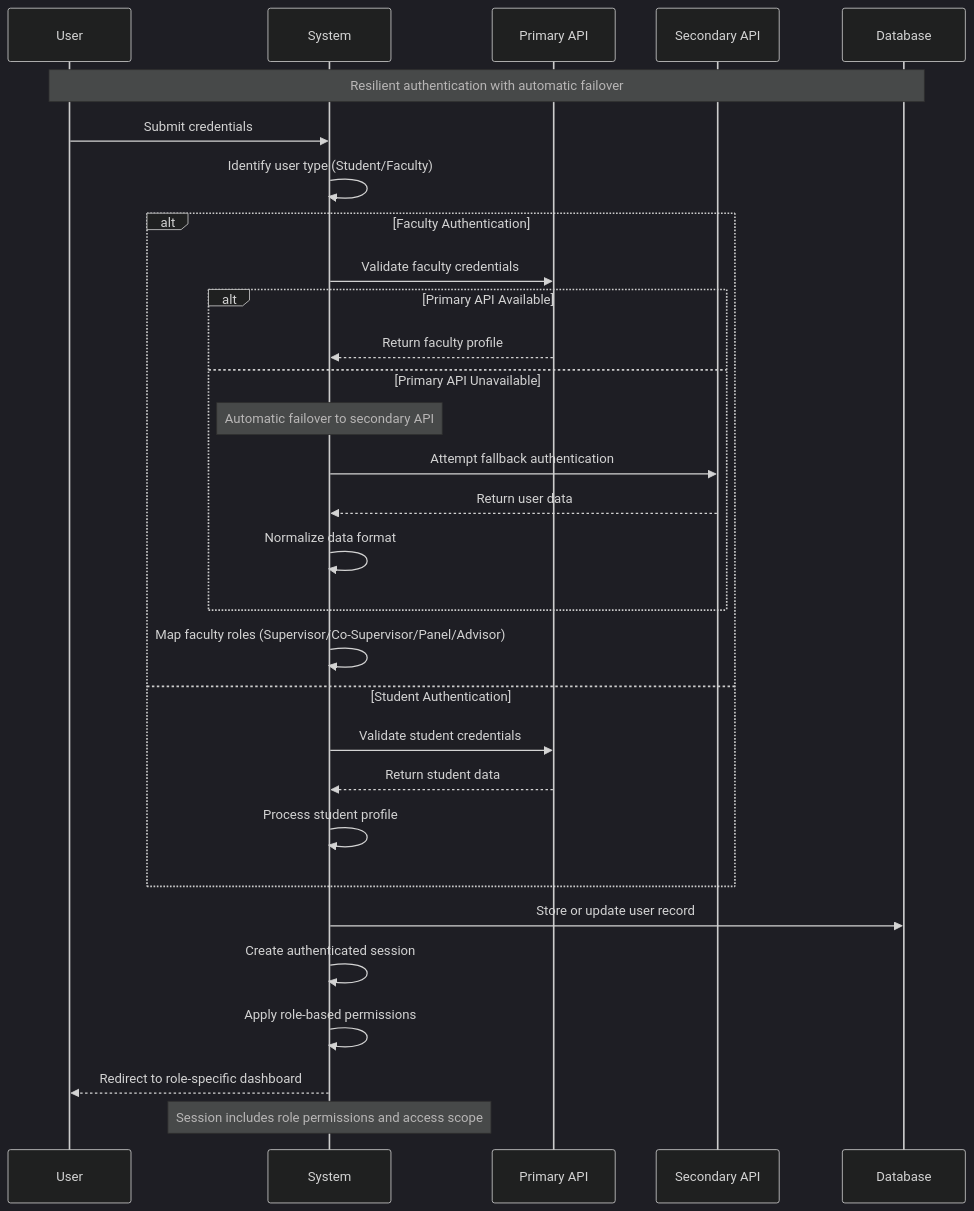
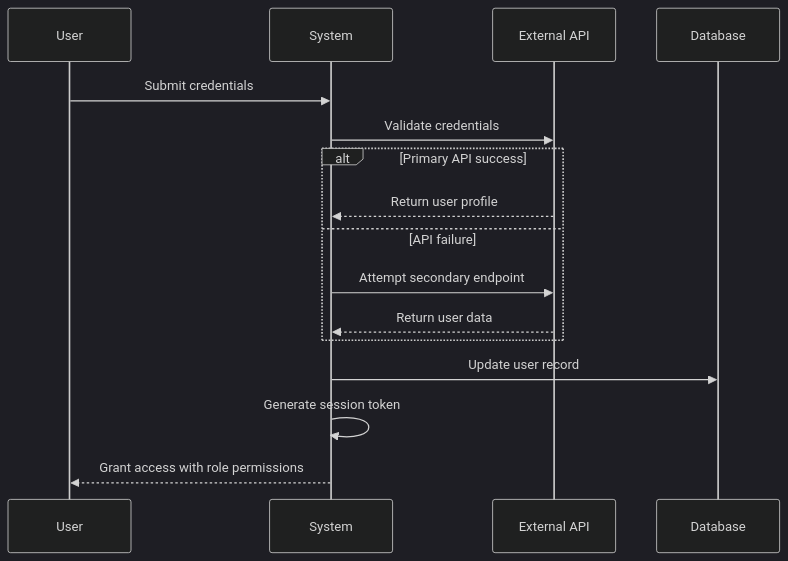
Before and after one commit to abdullah2323442/thesisrepo-backup: the first of 41 diagrams in sequence-academic.md, drawn with Mermaid (dark theme). The commit also changed other lines of this file, not shown here.

Commit message:
update sequence academic md

````diff
--- a/sequence-academic.md
+++ b/sequence-academic.md
@@ -24,39 +26,21 @@
 ```mermaid
 sequenceDiagram
-    participant User
-    participant System
-    participant Primary API
-    participant Secondary API
-    participant Database
+    participant U as User
+    participant S as System
+    participant API as External API
+    participant DB as Database
 
-    Note over User,Database: Resilient authentication with automatic failover
+    U->>S: Submit credentials
+    S->>API: Validate credentials
     
-    User->>System: Submit credentials
-    System->>System: Identify user type (Student/Faculty)
-    
-    alt Faculty Authentication
-        System->>Primary API: Validate faculty credentials
-        
-        alt Primary API Available
-            Primary API-->>System: Return faculty profile
-        else Primary API Unavailable
-            Note over System: Automatic failover to secondary API
-            System->>Secondary API: Attempt fallback authentication
-            Secondary API-->>System: Return user data
-            System->>System: Normalize data format
-        end
-        
-        System->>System: Map faculty roles (Supervisor/Co-Supervisor/Panel/Advisor)
-    else Student Authentication
-        System->>Primary API: Validate student credentials
-        Primary API-->>System: Return student data
-        System->>System: Process student profile
+    alt Primary API success
+        API-->>S: Return user profile
+    else API failure
+        S->>API: Attempt secondary endpoint
+        API-->>S: Return user data
     end
     
-    System->>Database: Store or update user record
-    System->>System: Create authenticated session
-    System->>System: Apply role-based permissions
-    System-->>User: Redirect to role-specific dashboard
-    
-    Note over System: Session includes role permissions and access scope
+    S->>DB: Update user record
+    S->>S: Generate session token
+    S-->>U: Grant access with role permissions
 ```
````
